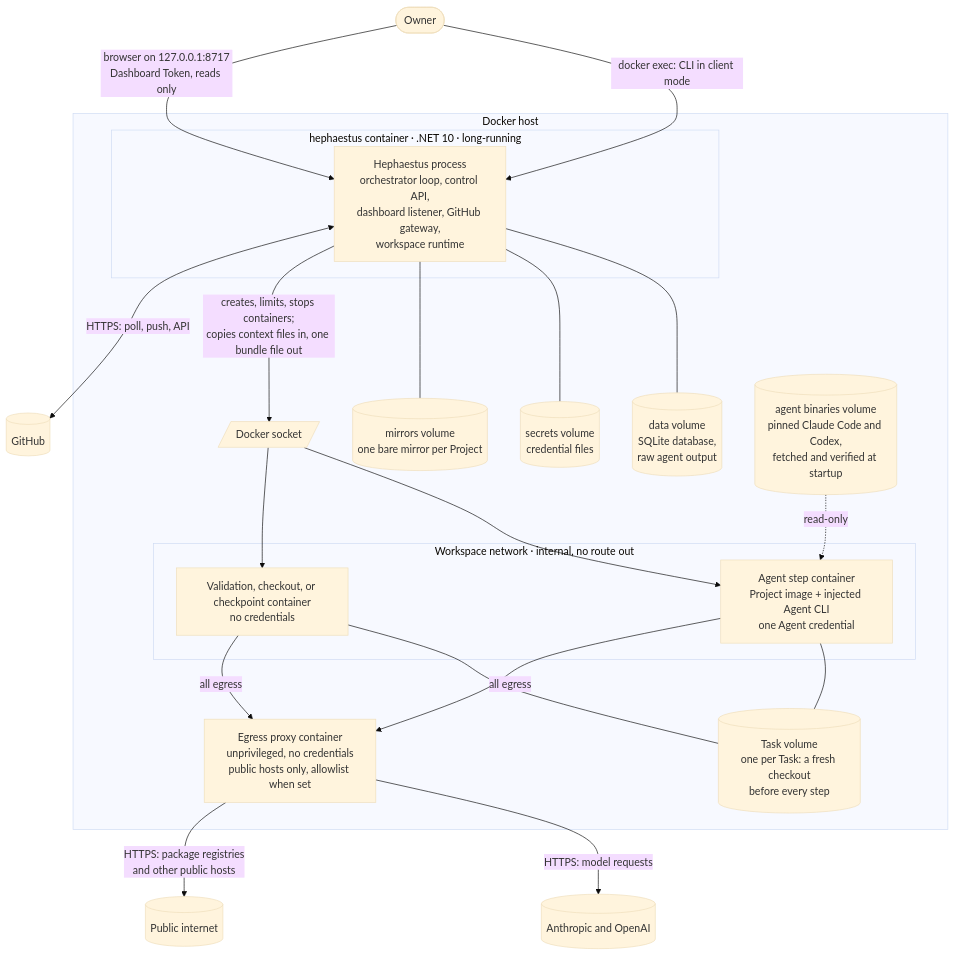
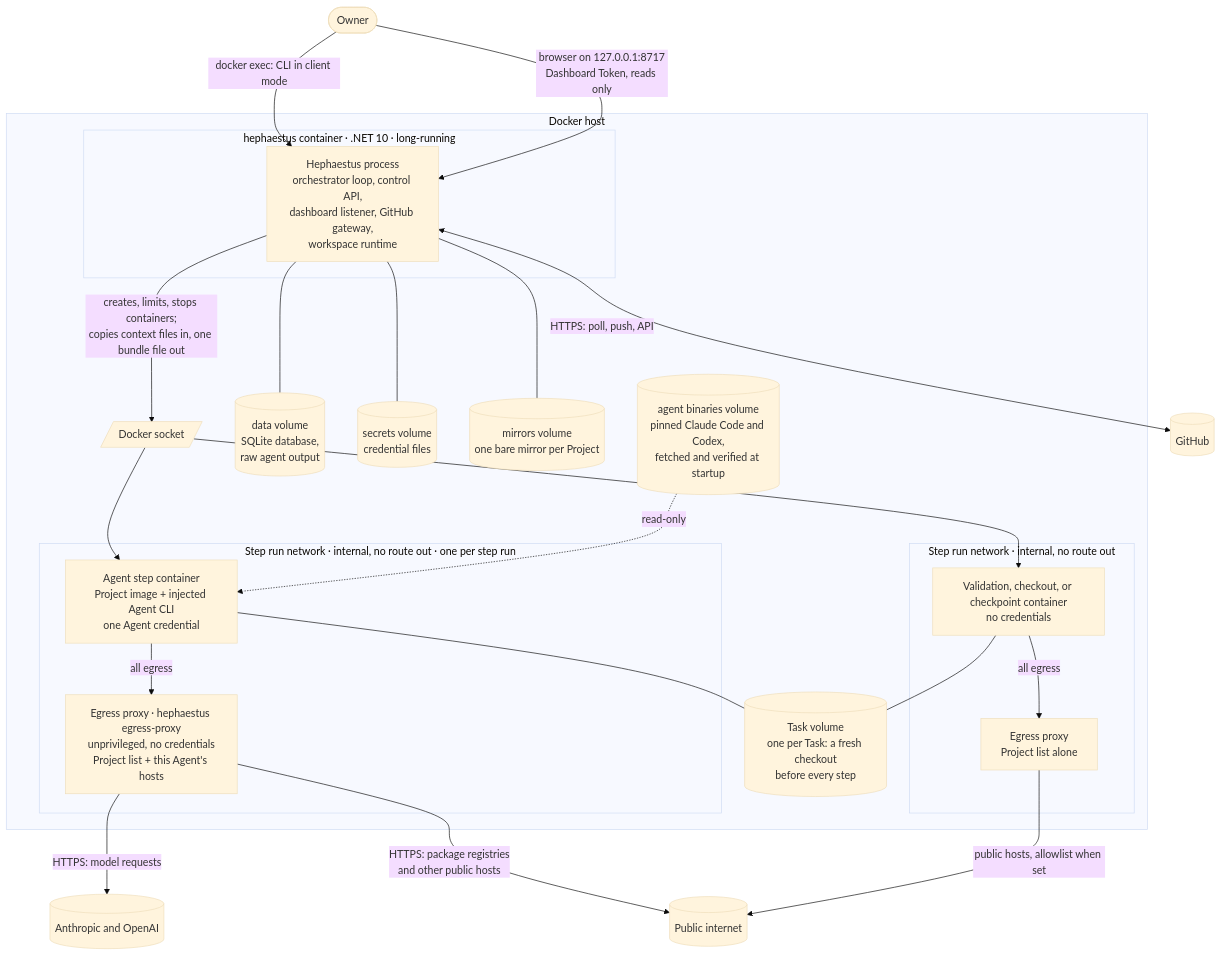
The second of 4 diagrams in docs/architecture-c4.md (adamcharusta/Hephaestus), drawn with Mermaid (base theme) before and after one commit. The commit also changed other lines of this file and 64 other files, not shown here.

````diff
--- a/docs/architecture-c4.md
+++ b/docs/architecture-c4.md
@@ -31,42 +31,46 @@
 ```mermaid
 flowchart TB
     Owner([Owner])
     GitHub[(GitHub)]
     Vendors[(Anthropic and OpenAI)]
 
     subgraph Host[Docker host]
         subgraph Orchestrator[hephaestus container · .NET 10 · long-running]
             Process[Hephaestus process<br/>orchestrator loop, control API,<br/>dashboard listener, GitHub gateway,<br/>workspace runtime]
         end
         Socket[/Docker socket/]
 
-        subgraph Network[Workspace network · internal, no route out]
+        subgraph NetworkA[Step run network · internal, no route out · one per step run]
             StepAgent[Agent step container<br/>Project image + injected Agent CLI<br/>one Agent credential]
+            ProxyA[Egress proxy · hephaestus egress-proxy<br/>unprivileged, no credentials<br/>Project list + this Agent's hosts]
+        end
+        subgraph NetworkB[Step run network · internal, no route out]
             StepPlain[Validation, checkout, or checkpoint container<br/>no credentials]
+            ProxyB[Egress proxy<br/>Project list alone]
         end
-        Proxy[Egress proxy container<br/>unprivileged, no credentials<br/>public hosts only, allowlist when set]
 
         Data[(data volume<br/>SQLite database,<br/>raw agent output)]
         Secrets[(secrets volume<br/>credential files)]
         Mirrors[(mirrors volume<br/>one bare mirror per Project)]
         Binaries[(agent binaries volume<br/>pinned Claude Code and Codex,<br/>fetched and verified at startup)]
         TaskVolume[(Task volume<br/>one per Task: a fresh checkout<br/>before every step)]
     end
 
     Owner -->|docker exec: CLI in client mode| Process
     Owner -->|"browser on 127.0.0.1:8717<br/>Dashboard Token, reads only"| Process
     Process --- Data
     Process --- Secrets
     Process --- Mirrors
     Process -->|creates, limits, stops containers;<br/>copies context files in, one bundle file out| Socket
     Socket --> StepAgent
     Socket --> StepPlain
     StepAgent --- TaskVolume
     StepPlain --- TaskVolume
     Binaries -.->|read-only| StepAgent
     Process <-->|HTTPS: poll, push, API| GitHub
-    StepAgent -->|all egress| Proxy
-    StepPlain -->|all egress| Proxy
-    Proxy -->|HTTPS: model requests| Vendors
-    Proxy -->|HTTPS: package registries<br/>and other public hosts| Internet[(Public internet)]
+    StepAgent -->|all egress| ProxyA
+    StepPlain -->|all egress| ProxyB
+    ProxyA -->|HTTPS: model requests| Vendors
+    ProxyA -->|HTTPS: package registries<br/>and other public hosts| Internet[(Public internet)]
+    ProxyB -->|public hosts, allowlist when set| Internet
 ```
````
